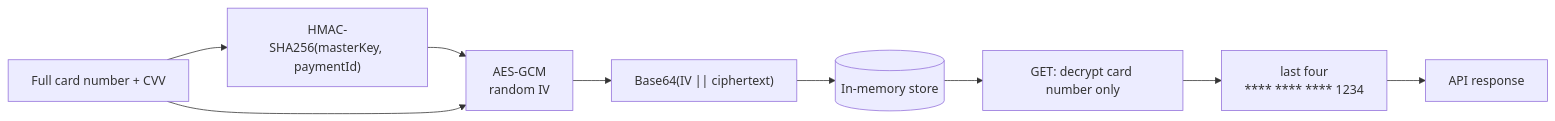
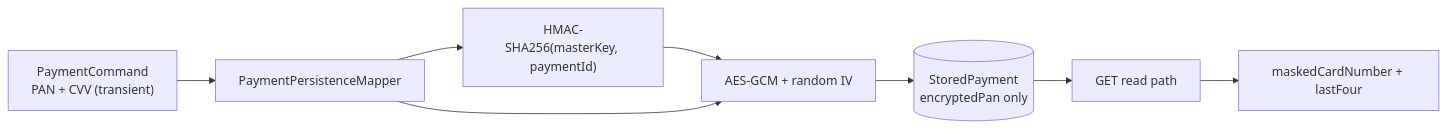
One commit to huyoyo/payment-gateway-challenge-java changed the fifth of 6 diagrams in README.md. Above: the diagram before and after it, drawn with Mermaid. The commit also changed other lines of this file and 73 other files, not shown here.

````diff
--- a/README.md
+++ b/README.md
@@ -243,11 +295,16 @@
 ```mermaid
 flowchart LR
-    Card["Full card number + CVV"] --> Key["HMAC-SHA256(masterKey, paymentId)"]
-    Key --> AES["AES-GCM<br/>random IV"]
-    Card --> AES
-    AES --> Cipher["Base64(IV || ciphertext)"]
-    Cipher --> Store[("In-memory store")]
-    Store --> Read["GET: decrypt card number only"]
-    Read --> Mask["last four<br/>**** **** **** 1234"]
-    Mask --> Response["API response"]
+    Cmd["PaymentCommand<br/>PAN + CVV (transient)"]
+    Mapper["PaymentPersistenceMapper"]
+    Key["HMAC-SHA256(masterKey, paymentId)"]
+    AES["AES-GCM + random IV"]
+    Store[("StoredPayment<br/>encryptedPan only")]
+    Read["GET read path"]
+    Mask["maskedCardNumber + lastFour"]
+
+    Cmd --> Mapper
+    Mapper --> Key --> AES
+    Mapper --> AES
+    AES --> Store
+    Store --> Read --> Mask
 ```
````
